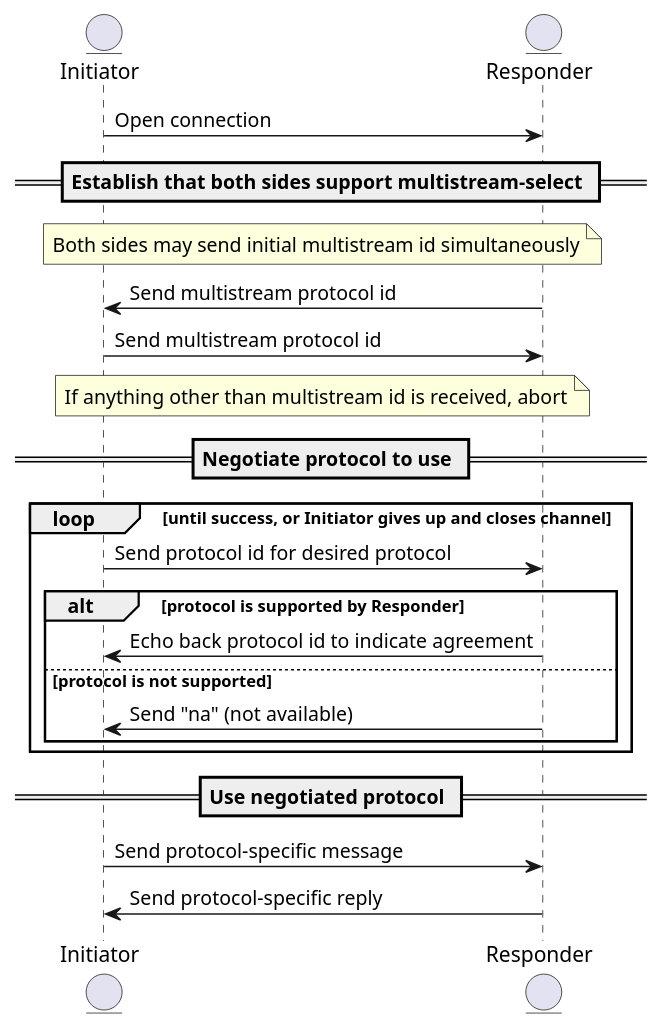
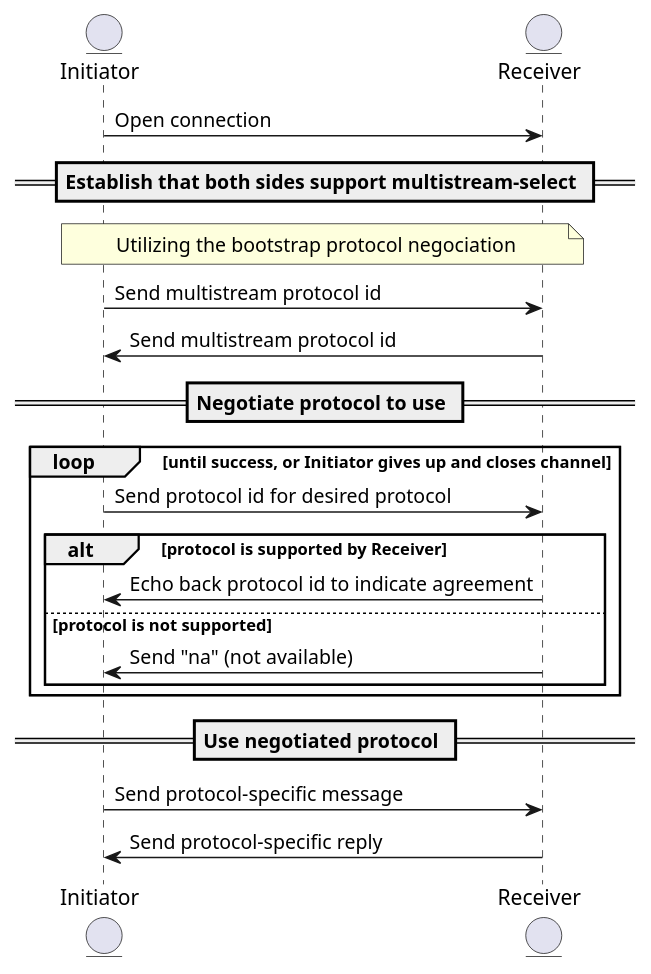
One commit to libp2p/specs changed the diagram in connections/multistream.plantuml. Above: the diagram before and after it, drawn with PlantUML. The commit also changed 4 other files, not shown here.

```diff
--- a/connections/multistream.plantuml
+++ b/connections/multistream.plantuml
@@ -1,32 +1,32 @@
 @startuml
 
 entity Initiator
-entity Responder
-Initiator -> Responder: Open connection
+entity Receiver
+Initiator -> Receiver: Open connection
 
 == Establish that both sides support multistream-select ==
 
-note over Initiator, Responder: Both sides may send initial multistream id simultaneously
-Responder -> Initiator: Send multistream protocol id
-Initiator -> Responder: Send multistream protocol id
-note over Initiator, Responder: If anything other than multistream id is received, abort
+note over Initiator, Receiver: Utilizing the bootstrap protocol negociation
+
+Initiator -> Receiver: Send multistream protocol id
+Receiver -> Initiator: Send multistream protocol id
 
 
 == Negotiate protocol to use ==
 
 
 loop until success, or Initiator gives up and closes channel
-  Initiator -> Responder: Send protocol id for desired protocol
-  alt protocol is supported by Responder
-    Responder -> Initiator: Echo back protocol id to indicate agreement
+  Initiator -> Receiver: Send protocol id for desired protocol
+  alt protocol is supported by Receiver
+    Receiver -> Initiator: Echo back protocol id to indicate agreement
   else protocol is not supported
-    Responder -> Initiator: Send "na" (not available)
+    Receiver -> Initiator: Send "na" (not available)
   end
 end
 
 == Use negotiated protocol ==
 
-Initiator -> Responder: Send protocol-specific message
-Responder -> Initiator: Send protocol-specific reply
+Initiator -> Receiver: Send protocol-specific message
+Receiver -> Initiator: Send protocol-specific reply
 
 @enduml
```
